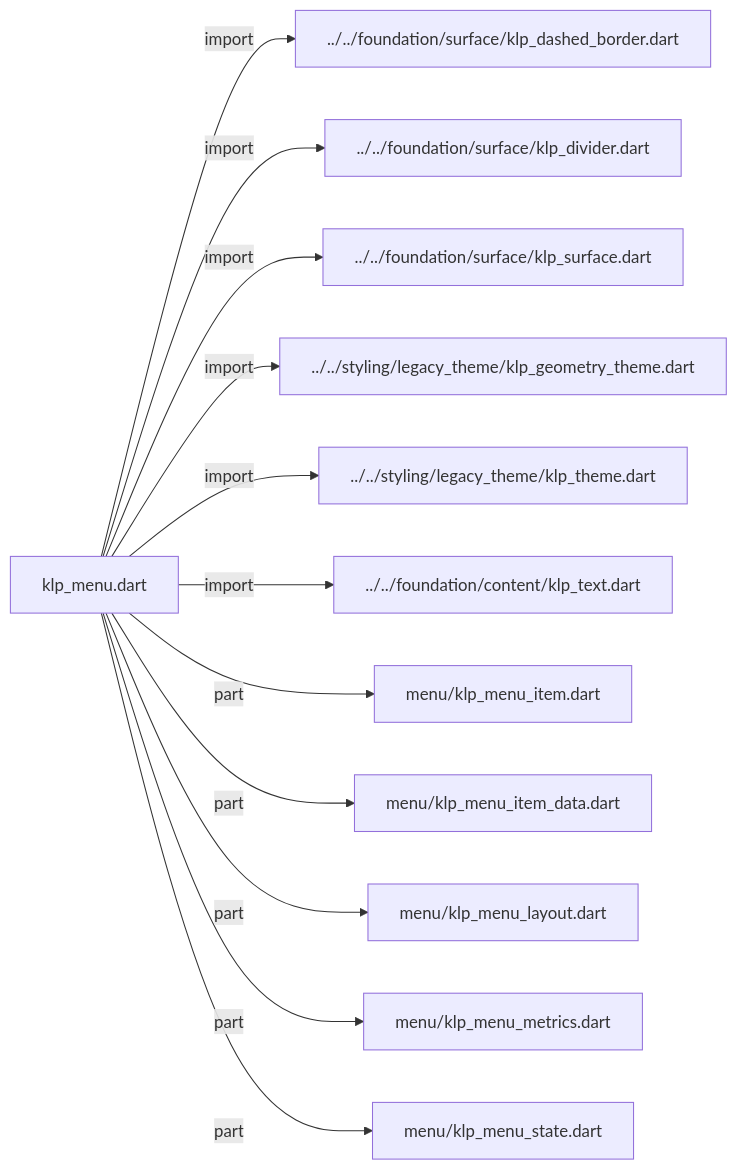
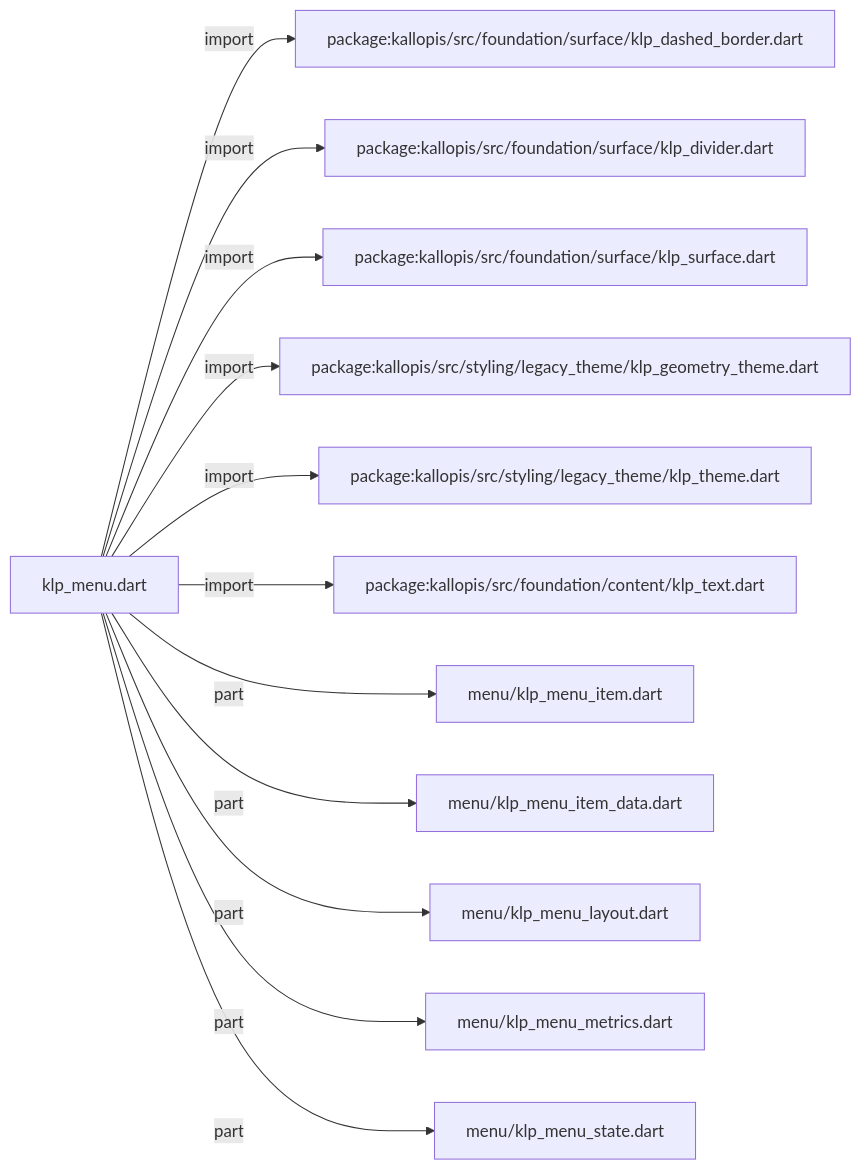
One commit to MiuDog/Kallopis changed the second of 3 diagrams in docs/architecture/src/features/overlays/klp_menu.md. Above: the diagram before and after it, drawn with Mermaid. The commit also changed other lines of this file and 9688 other files, not shown here.

Commit message:
Prepare isolated Flow F2 peer baseline

````diff
--- a/docs/architecture/src/features/overlays/klp_menu.md
+++ b/docs/architecture/src/features/overlays/klp_menu.md
@@ -38,26 +38,26 @@
 ```mermaid
 flowchart LR
 	n0["klp_menu.dart"]
-	n1["../../foundation/surface/klp_dashed_border.dart"]
-	n2["../../foundation/surface/klp_divider.dart"]
-	n3["../../foundation/surface/klp_surface.dart"]
-	n4["../../styling/legacy_theme/klp_geometry_theme.dart"]
-	n5["../../styling/legacy_theme/klp_theme.dart"]
-	n6["../../foundation/content/klp_text.dart"]
+	n1["package:kallopis/src/foundation/surface/klp_dashed_border.dart"]
+	n2["package:kallopis/src/foundation/surface/klp_divider.dart"]
+	n3["package:kallopis/src/foundation/surface/klp_surface.dart"]
+	n4["package:kallopis/src/styling/legacy_theme/klp_geometry_theme.dart"]
+	n5["package:kallopis/src/styling/legacy_theme/klp_theme.dart"]
+	n6["package:kallopis/src/foundation/content/klp_text.dart"]
 	n7["menu/klp_menu_item.dart"]
 	n8["menu/klp_menu_item_data.dart"]
 	n9["menu/klp_menu_layout.dart"]
 	n10["menu/klp_menu_metrics.dart"]
 	n11["menu/klp_menu_state.dart"]
 	n0 -->|"import"| n1
 	n0 -->|"import"| n2
 	n0 -->|"import"| n3
 	n0 -->|"import"| n4
 	n0 -->|"import"| n5
 	n0 -->|"import"| n6
 	n0 -->|"part"| n7
 	n0 -->|"part"| n8
 	n0 -->|"part"| n9
 	n0 -->|"part"| n10
 	n0 -->|"part"| n11
 ```
````
